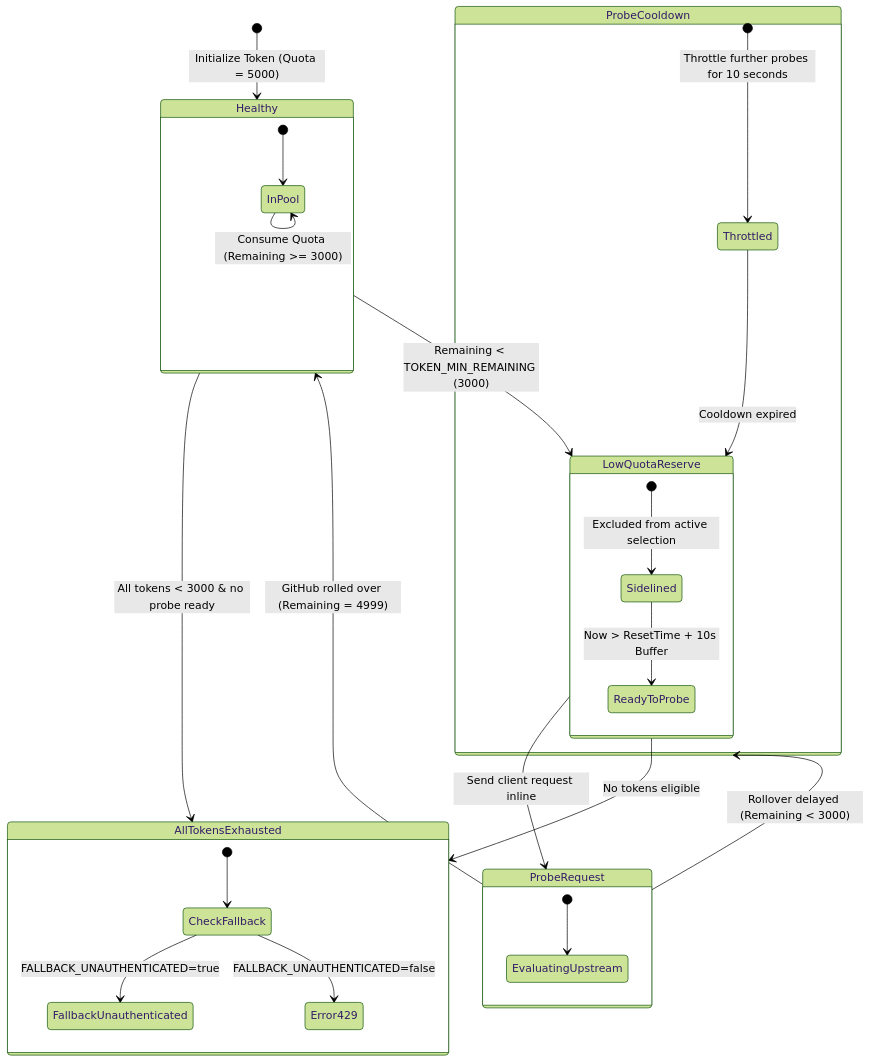
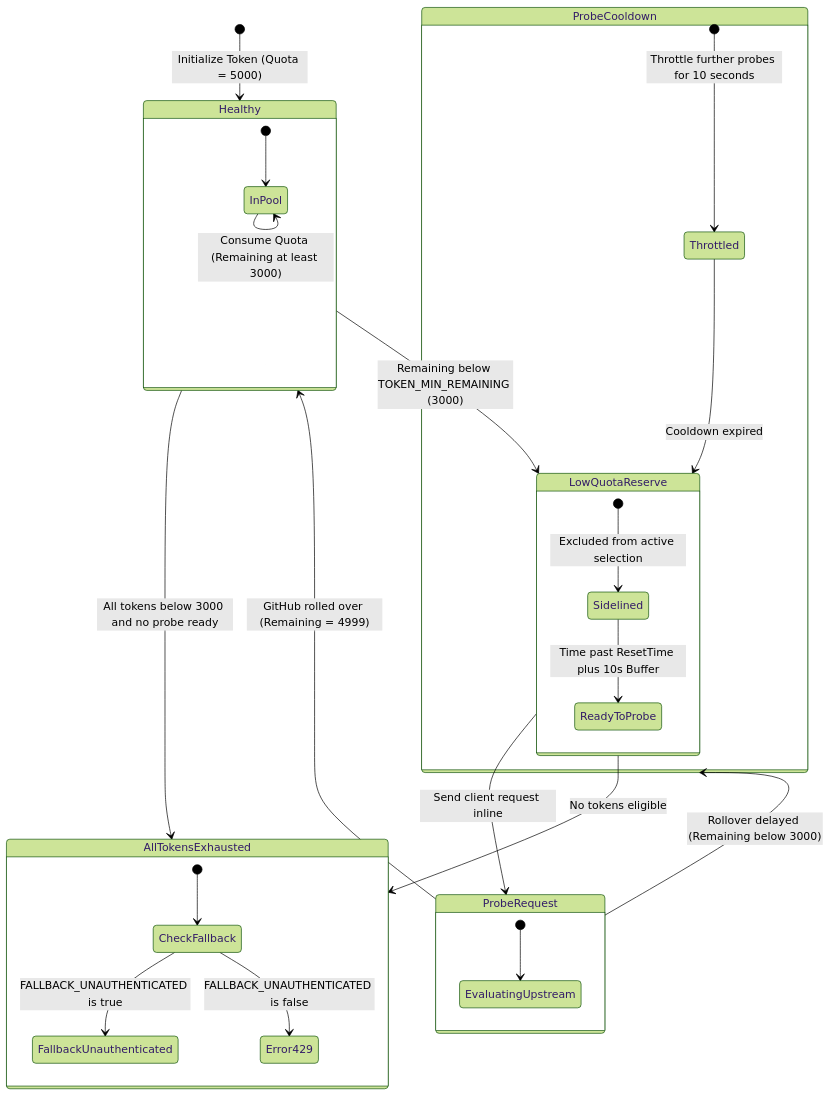
The sixth of 8 diagrams in docs/architecture.md (kjaapelania/github-api-gateway), drawn with Mermaid (forest theme) before and after one commit. The commit also changed other lines of this file and 10 other files, not shown here.

Commit message:
docs: resolve Mermaid rendering bugs and provide pre-rendered vector SVGs for all UML diagrams

````diff
--- a/docs/architecture.md
+++ b/docs/architecture.md
@@ -240,39 +282,39 @@
 ```mermaid
 stateDiagram-v2
     [*] --> Healthy: Initialize Token (Quota = 5000)
 
     state Healthy {
         [*] --> InPool
-        InPool --> InPool: Consume Quota (Remaining >= 3000)
+        InPool --> InPool: Consume Quota (Remaining at least 3000)
     }
 
-    Healthy --> LowQuotaReserve: Remaining < TOKEN_MIN_REMAINING (3000)
+    Healthy --> LowQuotaReserve: Remaining below TOKEN_MIN_REMAINING (3000)
 
     state LowQuotaReserve {
         [*] --> Sidelined: Excluded from active selection
-        Sidelined --> ReadyToProbe: Now > ResetTime + 10s Buffer
+        Sidelined --> ReadyToProbe: Time past ResetTime plus 10s Buffer
     }
 
     LowQuotaReserve --> ProbeRequest: Send client request inline
 
     state ProbeRequest {
         [*] --> EvaluatingUpstream
     }
 
     ProbeRequest --> Healthy: GitHub rolled over (Remaining = 4999)
-    ProbeRequest --> ProbeCooldown: Rollover delayed (Remaining < 3000)
+    ProbeRequest --> ProbeCooldown: Rollover delayed (Remaining below 3000)
 
     state ProbeCooldown {
         [*] --> Throttled: Throttle further probes for 10 seconds
         Throttled --> LowQuotaReserve: Cooldown expired
     }
 
-    Healthy --> AllTokensExhausted: All tokens < 3000 & no probe ready
+    Healthy --> AllTokensExhausted: All tokens below 3000 and no probe ready
     LowQuotaReserve --> AllTokensExhausted: No tokens eligible
 
     state AllTokensExhausted {
         [*] --> CheckFallback
-        CheckFallback --> FallbackUnauthenticated: FALLBACK_UNAUTHENTICATED=true
-        CheckFallback --> Error429: FALLBACK_UNAUTHENTICATED=false
+        CheckFallback --> FallbackUnauthenticated: FALLBACK_UNAUTHENTICATED is true
+        CheckFallback --> Error429: FALLBACK_UNAUTHENTICATED is false
     }
 ```
````
